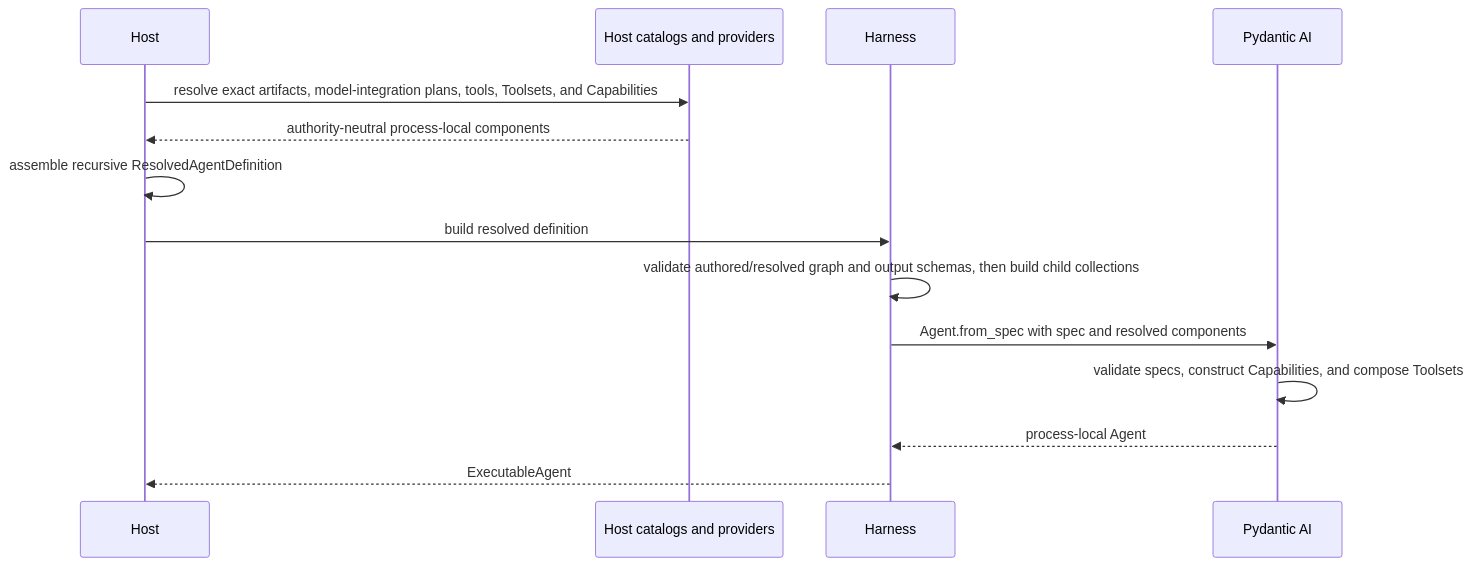
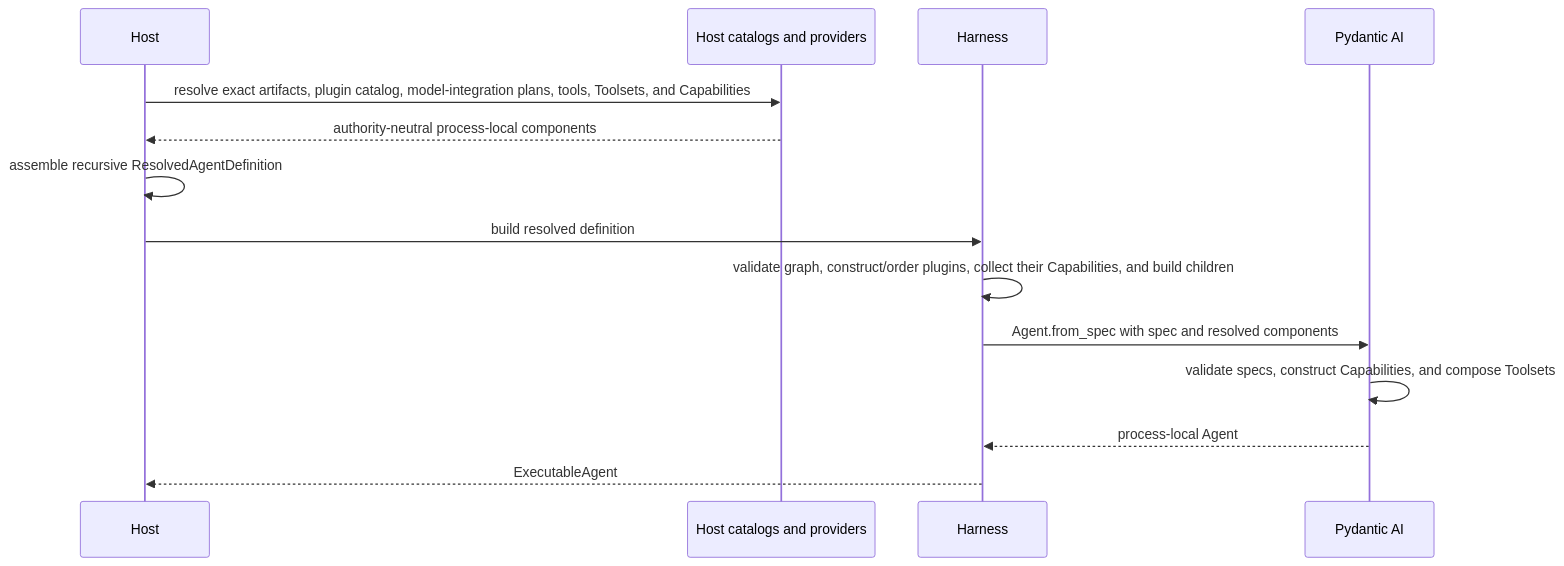
One commit to LTThreeComma/agent-foundation changed the third of 3 diagrams in spec/agent-harness/03-agent-definition-and-build.md. Above: the diagram before and after it, drawn with Mermaid. The commit also changed other lines of this file and 21 other files, not shown here.

First line of the commit message:
feat(harness): define first-class plugin lifecycle

````diff
--- a/spec/agent-harness/03-agent-definition-and-build.md
+++ b/spec/agent-harness/03-agent-definition-and-build.md
@@ -200,17 +208,17 @@
 ```mermaid
 sequenceDiagram
     participant Host
     participant Registry as Host catalogs and providers
     participant Harness
     participant PAI as Pydantic AI
 
-    Host->>Registry: resolve exact artifacts, model-integration plans, tools, Toolsets, and Capabilities
+    Host->>Registry: resolve exact artifacts, plugin catalog, model-integration plans, tools, Toolsets, and Capabilities
     Registry-->>Host: authority-neutral process-local components
     Host->>Host: assemble recursive ResolvedAgentDefinition
     Host->>Harness: build resolved definition
-    Harness->>Harness: validate authored/resolved graph and output schemas, then build child collections
+    Harness->>Harness: validate graph, construct/order plugins, collect their Capabilities, and build children
     Harness->>PAI: Agent.from_spec with spec and resolved components
     PAI->>PAI: validate specs, construct Capabilities, and compose Toolsets
     PAI-->>Harness: process-local Agent
     Harness-->>Host: ExecutableAgent
 ```
````
